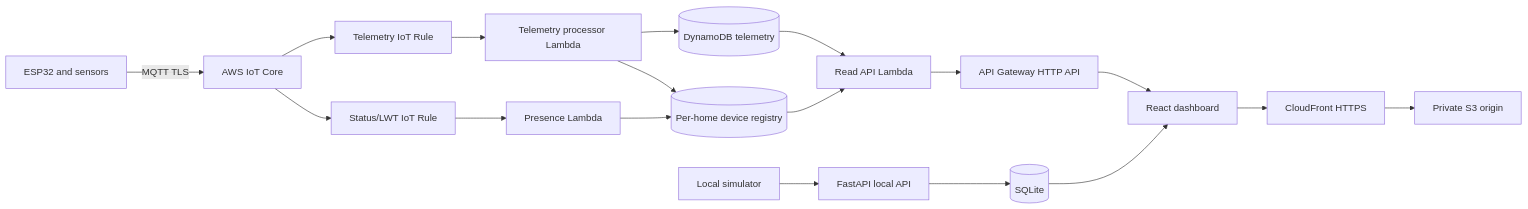
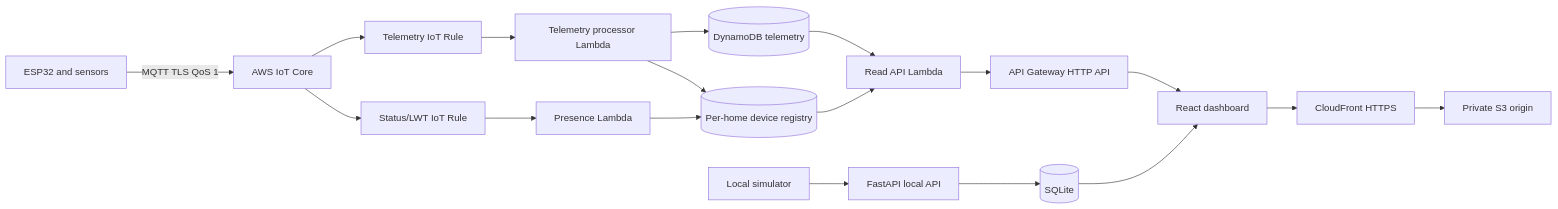
The diagram in docs/ARCHITECTURE.md (SLakshmiGanesh/iot-aws), drawn with Mermaid before and after one commit. The commit also changed other lines of this file, not shown here.

Commit message:
Clarify QoS and AWS operational behavior

````diff
--- a/docs/ARCHITECTURE.md
+++ b/docs/ARCHITECTURE.md
@@ -3,20 +3,20 @@
 ```mermaid
 flowchart LR
-  ESP[ESP32 and sensors] -->|MQTT TLS| IOT[AWS IoT Core]
+  ESP[ESP32 and sensors] -->|MQTT TLS QoS 1| IOT[AWS IoT Core]
   IOT --> RULE[Telemetry IoT Rule]
   IOT --> PRES[Status/LWT IoT Rule]
   RULE --> PROC[Telemetry processor Lambda]
   PRES --> STATUS[Presence Lambda]
   STATUS --> REG
   PROC --> HIST[(DynamoDB telemetry)]
   PROC --> REG[(Per-home device registry)]
   HIST --> READ[Read API Lambda]
   REG --> READ
   READ --> APIGW[API Gateway HTTP API]
   APIGW --> UI[React dashboard]
   UI --> CF[CloudFront HTTPS]
   CF --> S3[Private S3 origin]
   SIM[Local simulator] --> FAST[FastAPI local API]
   FAST --> SQLITE[(SQLite)]
   SQLITE --> UI
 ```
````
